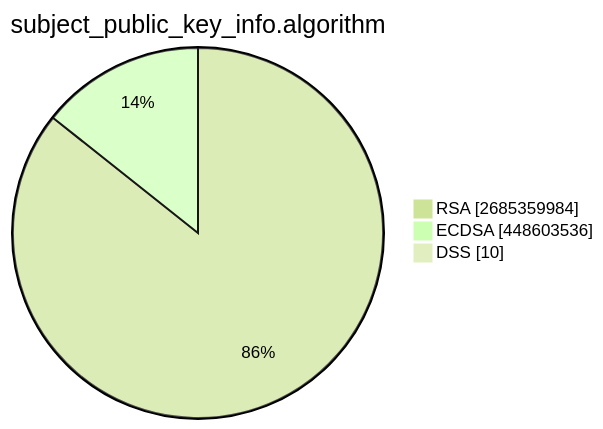
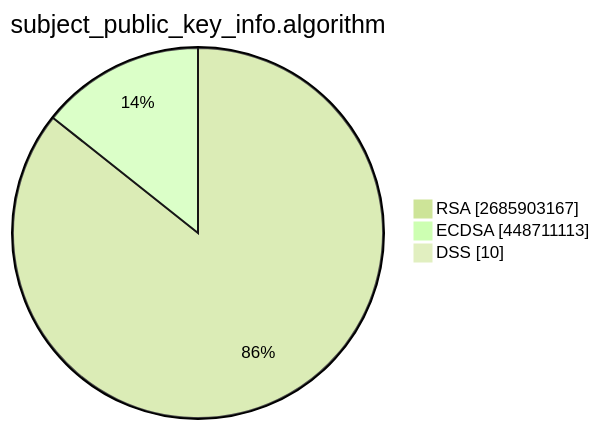
Before and after one commit to christiankrug/ctmonitor_visualization: the second of 15 diagrams in TOTAL/README.md, drawn with Mermaid (forest theme). The commit also changed other lines of this file, not shown here.

````diff
--- a/TOTAL/README.md
+++ b/TOTAL/README.md
@@ -6,7 +6,7 @@
 ```mermaid
 pie showData
 title subject_public_key_info.algorithm
-"RSA" :2685359984
-"ECDSA" :448603536
+"RSA" :2685903167
+"ECDSA" :448711113
 "DSS" :10
 ```
````
